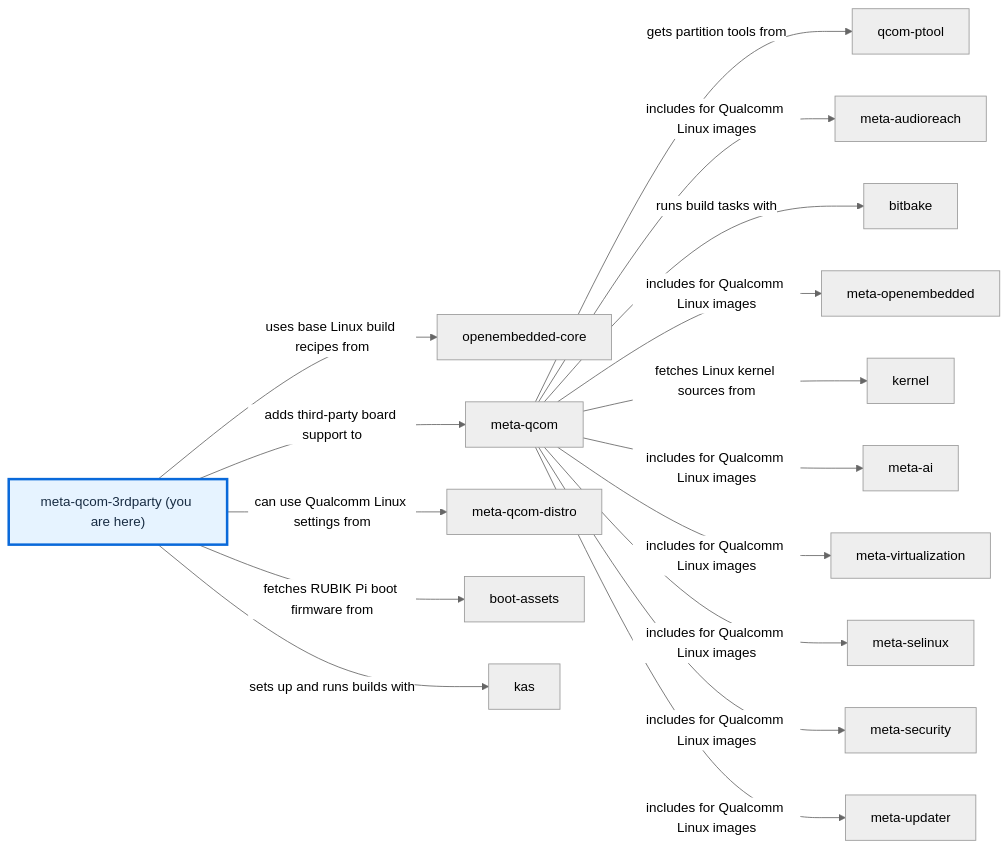
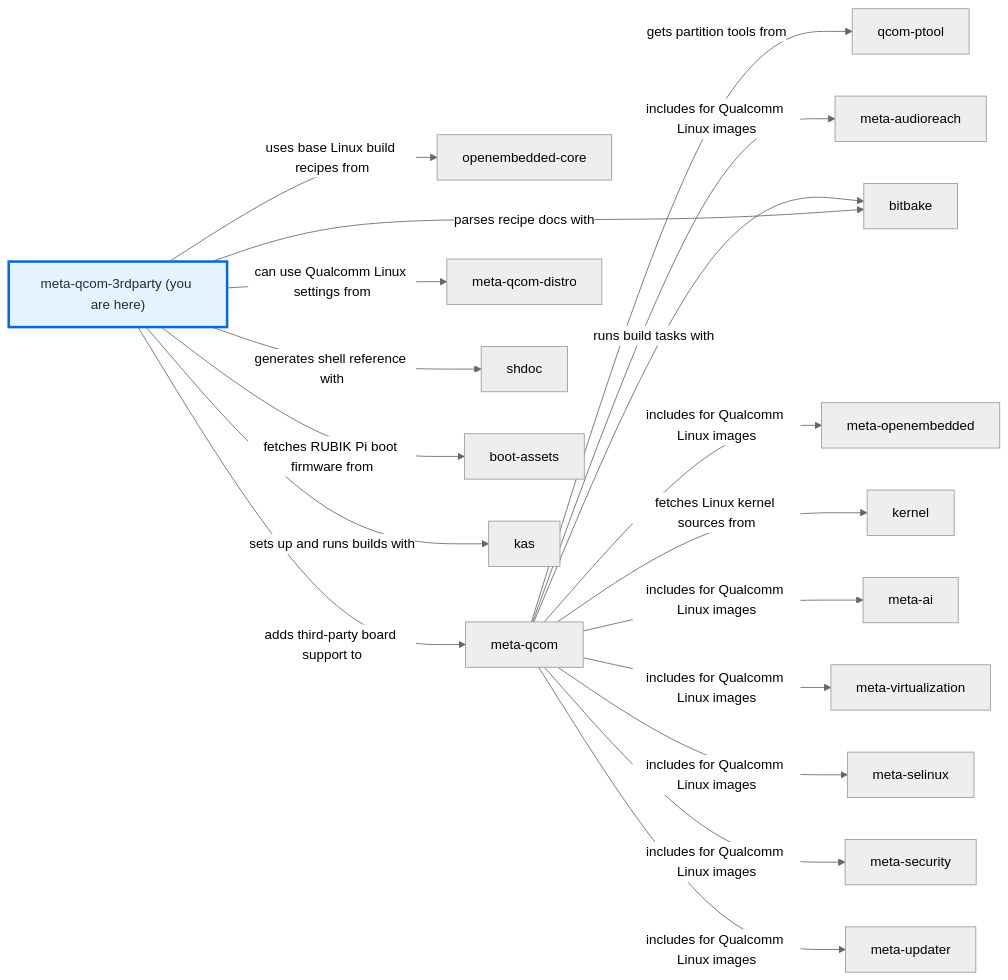
Before and after one commit to devdocsorg/meta-qcom-3rdparty: the diagram in README.md, drawn with Mermaid (neutral theme). The commit also changed other lines of this file, not shown here.

Commit message:
docs: update nearby map for native documentation tools

````diff
--- a/README.md
+++ b/README.md
@@ -135,51 +135,55 @@
 ```mermaid
 flowchart LR
     r0["meta-qcom-3rdparty (you are here)"]
     click r0 href "https://github.com/qualcomm-linux/meta-qcom-3rdparty" _blank
     r1["meta-audioreach"]
     click r1 href "https://github.com/AudioReach/meta-audioreach" _blank
     r2["bitbake"]
     click r2 href "https://github.com/openembedded/bitbake" _blank
     r3["meta-openembedded"]
     click r3 href "https://github.com/openembedded/meta-openembedded" _blank
     r4["openembedded-core"]
     click r4 href "https://github.com/openembedded/openembedded-core" _blank
     r5["kernel"]
     click r5 href "https://github.com/qualcomm-linux/kernel" _blank
     r6["meta-ai"]
     click r6 href "https://github.com/qualcomm-linux/meta-ai" _blank
     r7["meta-qcom"]
     click r7 href "https://github.com/qualcomm-linux/meta-qcom" _blank
     r8["meta-qcom-distro"]
     click r8 href "https://github.com/qualcomm-linux/meta-qcom-distro" _blank
     r9["qcom-ptool"]
     click r9 href "https://github.com/qualcomm-linux/qcom-ptool" _blank
-    r10["boot-assets"]
-    click r10 href "https://github.com/rubikpi-ai/boot-assets" _blank
-    r11["kas"]
-    click r11 href "https://github.com/siemens/kas" _blank
-    r12["meta-updater"]
-    click r12 href "https://github.com/uptane/meta-updater" _blank
-    r13["meta-security"]
-    click r13 href "https://git.yoctoproject.org/meta-security" _blank
-    r14["meta-selinux"]
-    click r14 href "https://git.yoctoproject.org/meta-selinux" _blank
-    r15["meta-virtualization"]
-    click r15 href "https://git.yoctoproject.org/meta-virtualization" _blank
+    r10["shdoc"]
+    click r10 href "https://github.com/reconquest/shdoc" _blank
+    r11["boot-assets"]
+    click r11 href "https://github.com/rubikpi-ai/boot-assets" _blank
+    r12["kas"]
+    click r12 href "https://github.com/siemens/kas" _blank
+    r13["meta-updater"]
+    click r13 href "https://github.com/uptane/meta-updater" _blank
+    r14["meta-security"]
+    click r14 href "https://git.yoctoproject.org/meta-security" _blank
+    r15["meta-selinux"]
+    click r15 href "https://git.yoctoproject.org/meta-selinux" _blank
+    r16["meta-virtualization"]
+    click r16 href "https://git.yoctoproject.org/meta-virtualization" _blank
     r0 -->|"uses base Linux build recipes from"| r4
     r0 -->|"adds third-party board support to"| r7
     r0 -->|"can use Qualcomm Linux settings from"| r8
     r7 -->|"gets partition tools from"| r9
-    r0 -->|"fetches RUBIK Pi boot firmware from"| r10
-    r0 -->|"sets up and runs builds with"| r11
+    r0 -->|"fetches RUBIK Pi boot firmware from"| r11
+    r0 -->|"sets up and runs builds with"| r12
     r7 -->|"includes for Qualcomm Linux images"| r1
     r7 -->|"runs build tasks with"| r2
     r7 -->|"includes for Qualcomm Linux images"| r3
     r7 -->|"fetches Linux kernel sources from"| r5
     r7 -->|"includes for Qualcomm Linux images"| r6
+    r7 -->|"includes for Qualcomm Linux images"| r16
     r7 -->|"includes for Qualcomm Linux images"| r15
     r7 -->|"includes for Qualcomm Linux images"| r14
     r7 -->|"includes for Qualcomm Linux images"| r13
-    r7 -->|"includes for Qualcomm Linux images"| r12
+    r0 -->|"generates shell reference with"| r10
+    r0 -->|"parses recipe docs with"| r2
     style r0 fill:#e6f3ff,stroke:#0969da,stroke-width:3px,color:#182c43
 ```
````
